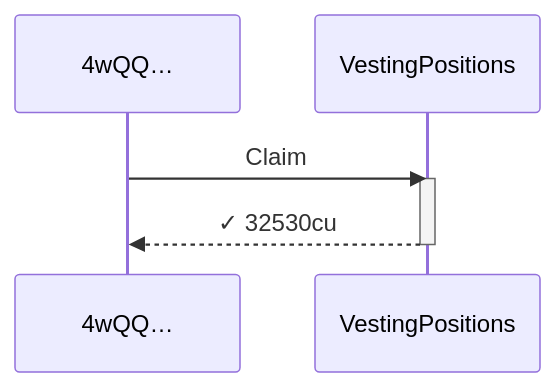
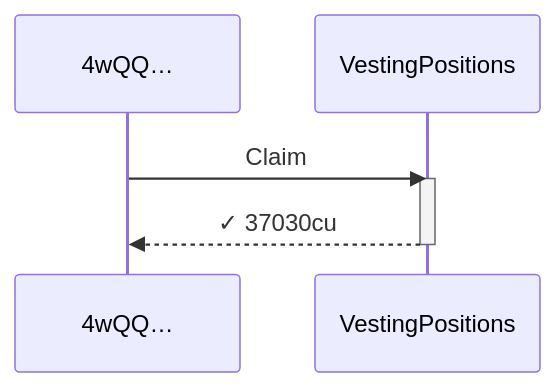
One commit to cds-turbin3/vesting-position changed the seventh of 9 diagrams in babelfish-tests/test-report/scenario_1_alice_first_and_subsequent_claim.md. Above: the diagram before and after it, drawn with Mermaid. The commit also changed other lines of this file and 106 other files, not shown here.

````diff
--- a/babelfish-tests/test-report/scenario_1_alice_first_and_subsequent_claim.md
+++ b/babelfish-tests/test-report/scenario_1_alice_first_and_subsequent_claim.md
@@ -366,9 +377,9 @@
 ```mermaid
 sequenceDiagram
     participant p0 as 4wQQ…
     participant p1 as VestingPositions
     p0->>p1: Claim
     activate p1
-    p1-->>p0: ✓ 32530cu
+    p1-->>p0: ✓ 37030cu
     deactivate p1
 ```
````
